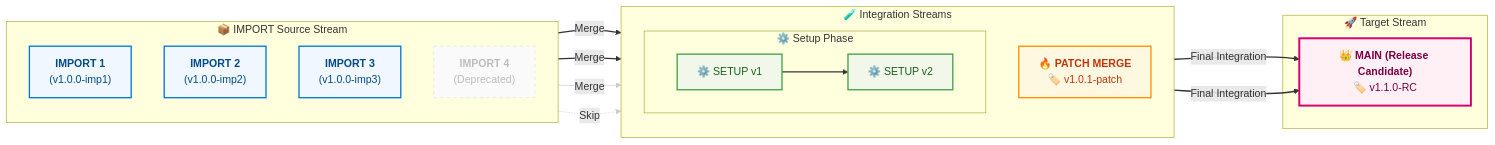
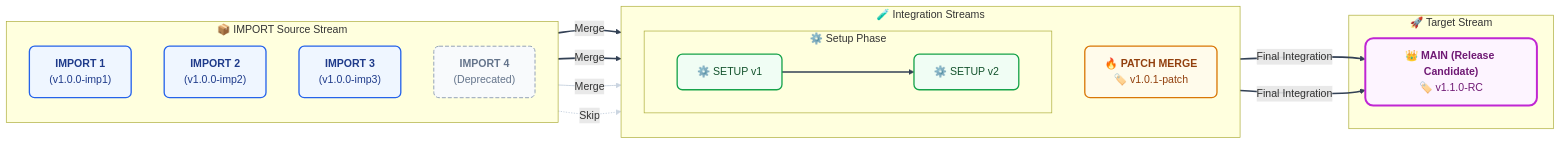
Before and after one commit to ysh1380/Releases-Board: the diagram in WIKI.md, drawn with Mermaid.

Commit message:
docs: modernize and refine Mermaid DAG styling with shadows, rx/ry, and sleek colors

````diff
--- a/WIKI.md
+++ b/WIKI.md
@@ -44,49 +44,52 @@
 ```mermaid
 flowchart LR
-    %% 스타일 정의
-    classDef importNode fill:#f0f7ff,stroke:#0078d4,stroke-width:2px,color:#004b87;
-    classDef patchNode fill:#fff8e1,stroke:#ff8f00,stroke-width:2px,color:#bf360c;
-    classDef setupNode fill:#f1f8e9,stroke:#43a047,stroke-width:2px,color:#1b5e20;
-    classDef mainNode fill:#fff0f6,stroke:#d40071,stroke-width:3px,color:#7d0042;
-    classDef dimmed fill:#fafafa,stroke:#e0e0e0,stroke-width:1px,color:#bdbdbd,stroke-dasharray: 5 5;
+    %% 전체 레이아웃 설정
+    %% 다이어그램의 시각적 요소를 현대적으로 설정 (선 색상 및 두께 일원화)
+    
+    %% 세련된 둥근 모서리와 은은한 색상 그라데이션을 연상시키는 스타일 (배경: 화이트/파스텔 & 테두리: 슬릭 다크)
+    classDef importNode fill:#eff6ff,stroke:#2563eb,stroke-width:2px,color:#1e3a8a,rx:8,ry:8,shadow:true;
+    classDef patchNode fill:#fffbeb,stroke:#d97706,stroke-width:2px,color:#92400e,rx:8,ry:8,shadow:true;
+    classDef setupNode fill:#f0fdf4,stroke:#16a34a,stroke-width:2px,color:#14532d,rx:8,ry:8,shadow:true;
+    classDef mainNode fill:#fdf4ff,stroke:#c026d3,stroke-width:3px,color:#701a75,rx:12,ry:12,shadow:true;
+    classDef dimmed fill:#f8fafc,stroke:#94a3b8,stroke-width:1.5px,color:#64748b,stroke-dasharray: 6 3,rx:8,ry:8;
 
     %% Source Stream (IMPORT)
     subgraph Import_Stream ["📦 IMPORT Source Stream"]
         direction TB
         I1["<b>IMPORT 1</b><br/>(v1.0.0-imp1)"]:::importNode
         I2["<b>IMPORT 2</b><br/>(v1.0.0-imp2)"]:::importNode
         I3["<b>IMPORT 3</b><br/>(v1.0.0-imp3)"]:::importNode
         I4["<b>IMPORT 4</b><br/>(Deprecated)"]:::dimmed
     end
 
     %% Integration Streams (PATCH/SETUP)
     subgraph Integration_Stream ["🧪 Integration Streams"]
         direction TB
         P["🔥 <b>PATCH MERGE</b><br/>🏷️ v1.0.1-patch"]:::patchNode
         
         subgraph Setup_Phase ["⚙️ Setup Phase"]
             direction LR
             S1["⚙️ SETUP v1"]:::setupNode
             S2["⚙️ SETUP v2"]:::setupNode
         end
     end
 
     %% Target Stream (MAIN)
     subgraph Target_Stream ["🚀 Target Stream"]
         M["👑 <b>MAIN (Release Candidate)</b><br/>🏷️ v1.1.0-RC"]:::mainNode
     end
 
-    %% 연결선 스타일링
+    %% 연결선 (Links) 
     I1 ==>|Merge| P
     I2 ==>|Merge| P
     P ==>|Final Integration| M
     
     I3 ==>|Merge| S1
     I4 -. Skip .-> S1
-    S1 --> S2
+    S1 ---> S2
     S2 ==>|Final Integration| M
 
-    %% 범례(Legend) 스타일
-    linkStyle 0,1,2,5,6 stroke:#333,stroke-width:2px;
-    linkStyle 3,4 stroke:#ccc,stroke-width:1px;
+    %% 세련된 링크 테마 적용 (색상: 슬레이트 다크, 둥근 라우팅)
+    linkStyle 0,1,2,5,6 stroke:#334155,stroke-width:2.5px;
+    linkStyle 3,4 stroke:#cbd5e1,stroke-width:1.5px;
 ```
````
